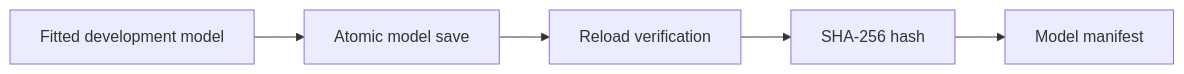
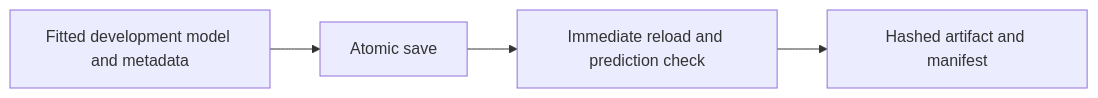
The diagram in docs/scripts/model_artifacts.md (Ferreter/Dissertation), drawn with Mermaid before and after one commit. The commit also changed other lines of this file and 27 other files, not shown here.

````diff
--- a/docs/scripts/model_artifacts.md
+++ b/docs/scripts/model_artifacts.md
@@ -13,7 +13,6 @@
 ```mermaid
 flowchart LR
-    A["Fitted development model"] --> B["Atomic model save"]
-    B --> C["Reload verification"]
-    C --> D["SHA-256 hash"]
-    D --> E["Model manifest"]
+    A["Fitted development model and metadata"] --> B["Atomic save"]
+    B --> C["Immediate reload and prediction check"]
+    C --> D["Hashed artifact and manifest"]
 ```
````
